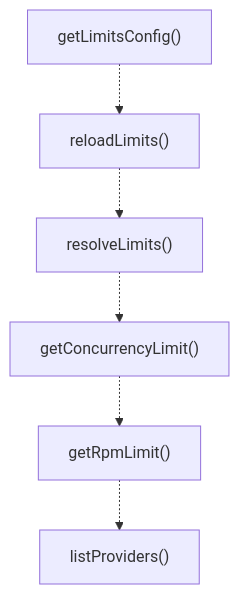
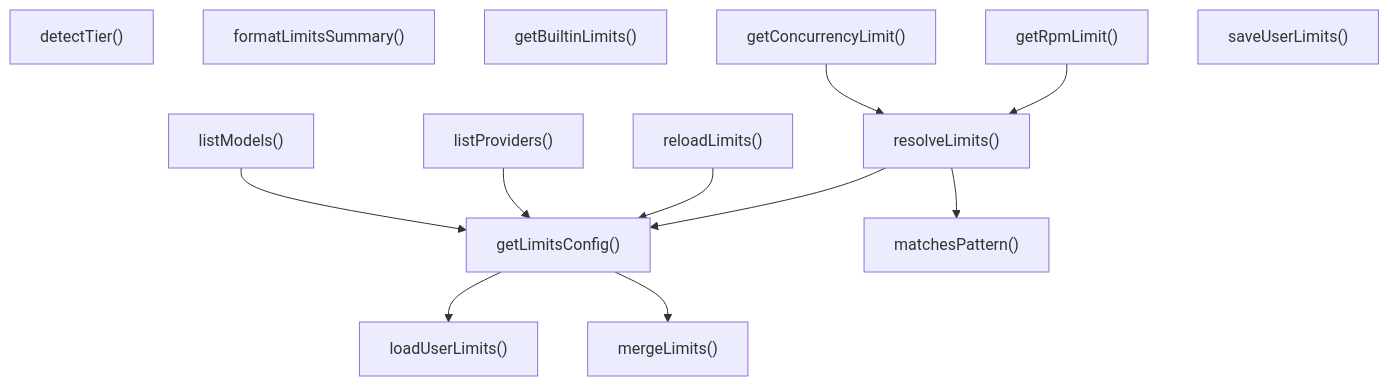
Before and after one commit to Mekann2904/mekann: the second of 3 diagrams in ABDD/.pi/lib/provider-limits.md, drawn with Mermaid. The commit also changed other lines of this file and 277 other files, not shown here.

````diff
--- a/ABDD/.pi/lib/provider-limits.md
+++ b/ABDD/.pi/lib/provider-limits.md
@@ -81,14 +81,26 @@
 ```mermaid
 flowchart TD
+  detectTier["detectTier()"]
+  formatLimitsSummary["formatLimitsSummary()"]
+  getBuiltinLimits["getBuiltinLimits()"]
+  getConcurrencyLimit["getConcurrencyLimit()"]
   getLimitsConfig["getLimitsConfig()"]
+  getRpmLimit["getRpmLimit()"]
+  listModels["listModels()"]
+  listProviders["listProviders()"]
+  loadUserLimits["loadUserLimits()"]
+  matchesPattern["matchesPattern()"]
+  mergeLimits["mergeLimits()"]
   reloadLimits["reloadLimits()"]
   resolveLimits["resolveLimits()"]
-  getConcurrencyLimit["getConcurrencyLimit()"]
-  getRpmLimit["getRpmLimit()"]
-  listProviders["listProviders()"]
-  getLimitsConfig -.-> reloadLimits
-  reloadLimits -.-> resolveLimits
-  resolveLimits -.-> getConcurrencyLimit
-  getConcurrencyLimit -.-> getRpmLimit
-  getRpmLimit -.-> listProviders
+  saveUserLimits["saveUserLimits()"]
+  getConcurrencyLimit --> resolveLimits
+  getLimitsConfig --> loadUserLimits
+  getLimitsConfig --> mergeLimits
+  getRpmLimit --> resolveLimits
+  listModels --> getLimitsConfig
+  listProviders --> getLimitsConfig
+  reloadLimits --> getLimitsConfig
+  resolveLimits --> getLimitsConfig
+  resolveLimits --> matchesPattern
 ```
````
